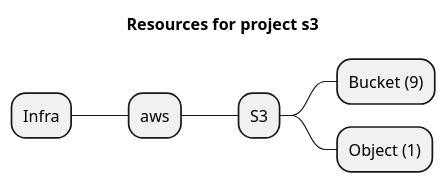
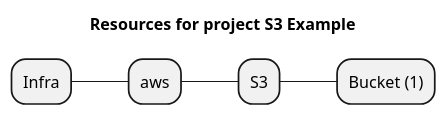
The diagram in examples/aws/S3/s3/artifacts/resources-mindmap.puml (grucloud/grucloud), drawn with PlantUML before and after one commit. The commit also changed 12 other files, not shown here.

```diff
--- a/examples/aws/S3/s3/artifacts/resources-mindmap.puml
+++ b/examples/aws/S3/s3/artifacts/resources-mindmap.puml
@@ -1,9 +1,8 @@
 @startmindmap
-title Resources for project s3
+title Resources for project S3 Example
 skinparam monochrome true
 + Infra
 ++ aws
 +++ S3
-++++ Bucket (9)
-++++ Object (1)
+++++ Bucket (1)
 @endmindmap
```
